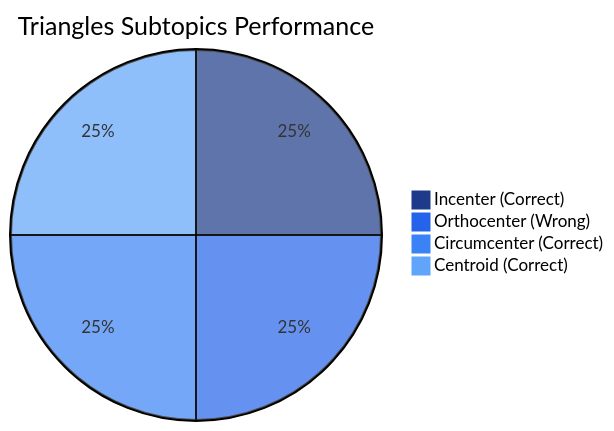
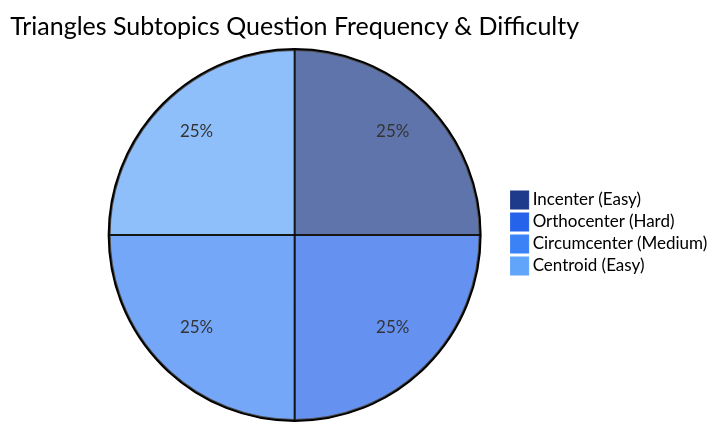
Before and after one commit to skc-coder/SAGE: the third of 5 diagrams in content/cds/elementary-mathematics/elementary_mathematics_overview.md, drawn with Mermaid. The commit also changed other lines of this file and 1 other file, not shown here.

First line of the commit message:
refactor(skill): separate subtopic difficulty rating from question-level outcome status

````diff
--- a/content/cds/elementary-mathematics/elementary_mathematics_overview.md
+++ b/content/cds/elementary-mathematics/elementary_mathematics_overview.md
@@ -32,8 +32,8 @@
 ```mermaid
 %%{init: {'themeVariables': { 'pie1': '#1e3a8a', 'pie2': '#2563eb', 'pie3': '#3b82f6', 'pie4': '#60a5fa'}}}%%
-pie title Triangles Subtopics Performance
-    "Incenter (Correct)" : 1
-    "Orthocenter (Wrong)" : 1
-    "Circumcenter (Correct)" : 1
-    "Centroid (Correct)" : 1
+pie title Triangles Subtopics Question Frequency & Difficulty
+    "Incenter (Easy)" : 1
+    "Orthocenter (Hard)" : 1
+    "Circumcenter (Medium)" : 1
+    "Centroid (Easy)" : 1
 ```
````
